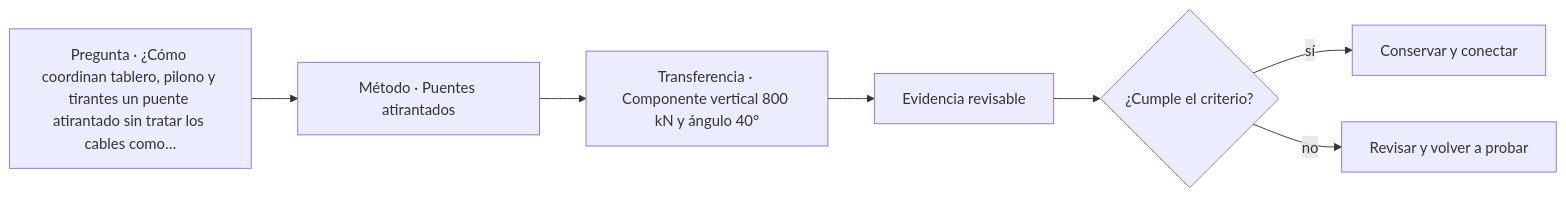
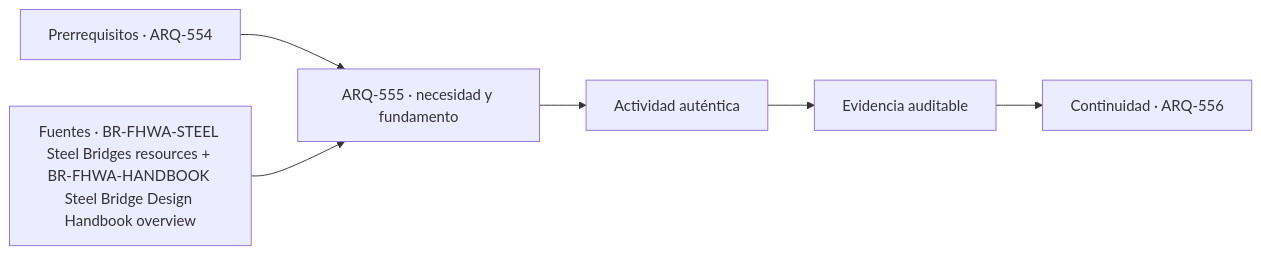
Before and after one commit to vladimiracunadev-create/architecture-built-environment-learning-program: the diagram in classes/parte-56/ARQ-555.md, drawn with Mermaid. The commit also changed other lines of this file and 761 other files, not shown here.

````diff
--- a/classes/parte-56/ARQ-555.md
+++ b/classes/parte-56/ARQ-555.md
@@ -95,9 +107,8 @@
 ```mermaid
 flowchart LR
-    Q["Pregunta · ¿Cómo coordinan tablero, pilono y tirantes un puente atirantado sin tratar los cables como…"] --> M["Método · Puentes atirantados"]
-    M --> P["Transferencia · Componente vertical 800 kN y ángulo 40°"]
-    P --> E["Evidencia revisable"]
-    E --> C{"¿Cumple el criterio?"}
-    C -->|sí| T["Conservar y conectar"]
-    C -->|no| R["Revisar y volver a probar"]
+    A["Prerrequisitos · ARQ-554"] --> B["ARQ-555 · necesidad y fundamento"]
+    S["Fuentes · BR-FHWA-STEEL Steel Bridges resources + BR-FHWA-HANDBOOK Steel Bridge Design Handbook overview"] --> B
+    B --> C["Actividad auténtica"]
+    C --> D["Evidencia auditable"]
+    D --> E["Continuidad · ARQ-556"]
 ```
````
